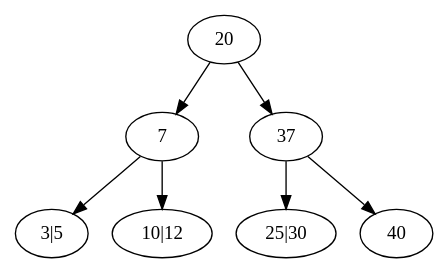
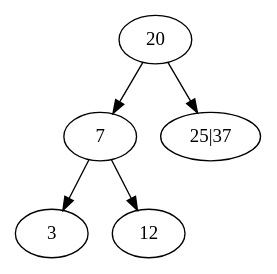
One commit to arnodeceuninck/GASTO changed the diagram in Geheel/test23T.dot. Above: the diagram before and after it, drawn with Graphviz. The commit also changed 1 other file, not shown here.

```diff
--- a/Geheel/test23T.dot
+++ b/Geheel/test23T.dot
@@ -1,9 +1,7 @@
 digraph Two_Three_Tree { 
 	size=8.5
 	"20" -> "7";
-	"7" -> "3|5";
-	"7" -> "10|12";
-	"20" -> "37";
-	"37" -> "25|30";
-	"37" -> "40";
+	"7" -> "3";
+	"7" -> "12";
+	"20" -> "25|37";
 }
```
